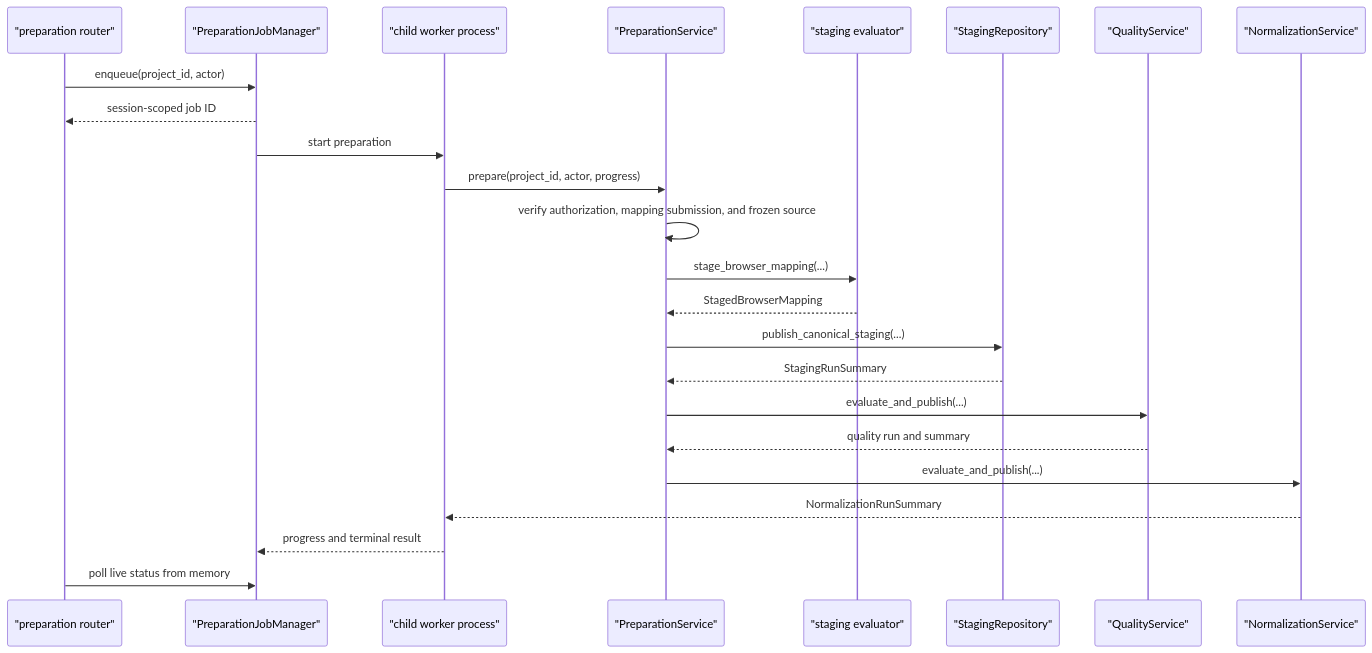
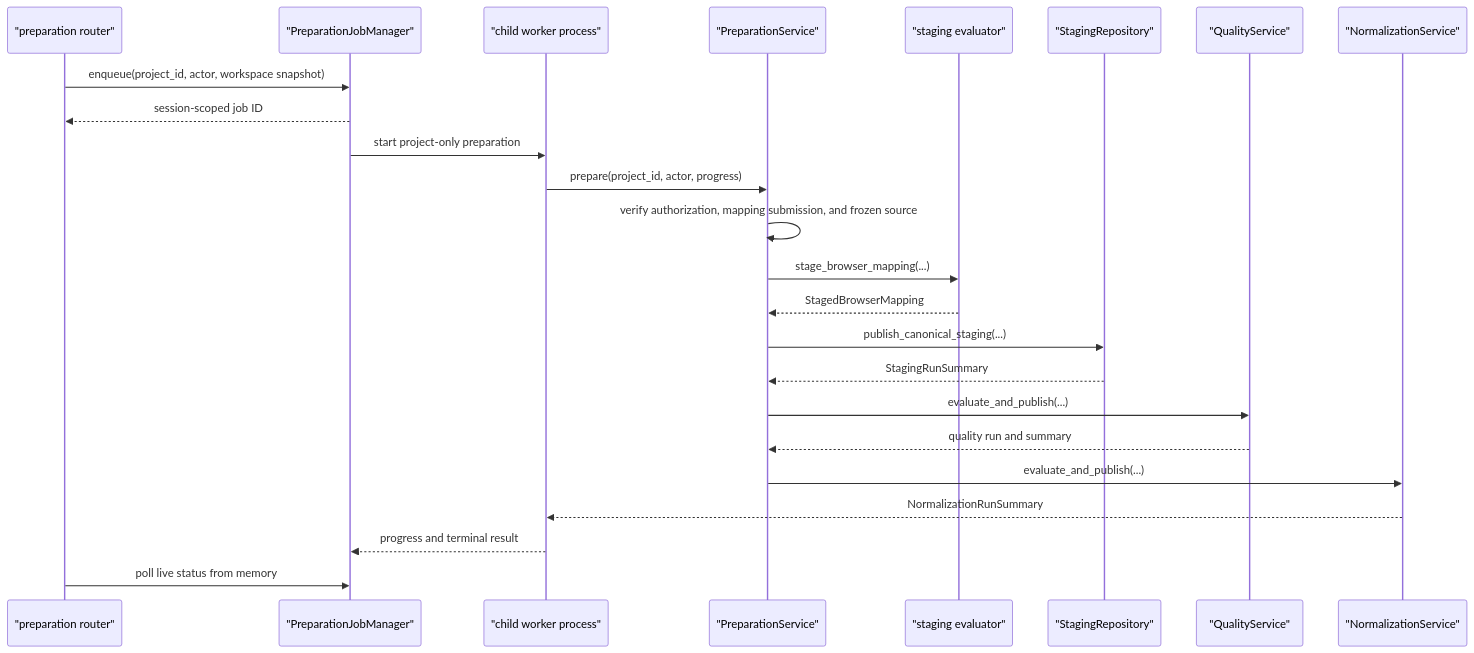
One commit to fderyckel/dev-impodo changed the seventh of 8 diagrams in docs/architecture/python-code-map.md. Above: the diagram before and after it, drawn with Mermaid. The commit also changed other lines of this file and 1 other file, not shown here.

Commit message:
feat: Enhance preparation workflow documentation with project-only worker details and navigation context

````diff
--- a/docs/architecture/python-code-map.md
+++ b/docs/architecture/python-code-map.md
@@ -540,27 +551,27 @@
 ```mermaid
 sequenceDiagram
     participant Route as "preparation router"
     participant Jobs as "PreparationJobManager"
     participant Worker as "child worker process"
     participant Service as "PreparationService"
     participant Eval as "staging evaluator"
     participant Stage as "StagingRepository"
     participant Quality as "QualityService"
     participant Normalize as "NormalizationService"
 
-    Route->>Jobs: enqueue(project_id, actor)
+    Route->>Jobs: enqueue(project_id, actor, workspace snapshot)
     Jobs-->>Route: session-scoped job ID
-    Jobs->>Worker: start preparation
+    Jobs->>Worker: start project-only preparation
     Worker->>Service: prepare(project_id, actor, progress)
     Service->>Service: verify authorization, mapping submission, and frozen source
     Service->>Eval: stage_browser_mapping(...)
     Eval-->>Service: StagedBrowserMapping
     Service->>Stage: publish_canonical_staging(...)
     Stage-->>Service: StagingRunSummary
     Service->>Quality: evaluate_and_publish(...)
     Quality-->>Service: quality run and summary
     Service->>Normalize: evaluate_and_publish(...)
     Normalize-->>Worker: NormalizationRunSummary
     Worker-->>Jobs: progress and terminal result
     Route->>Jobs: poll live status from memory
 ```
````
